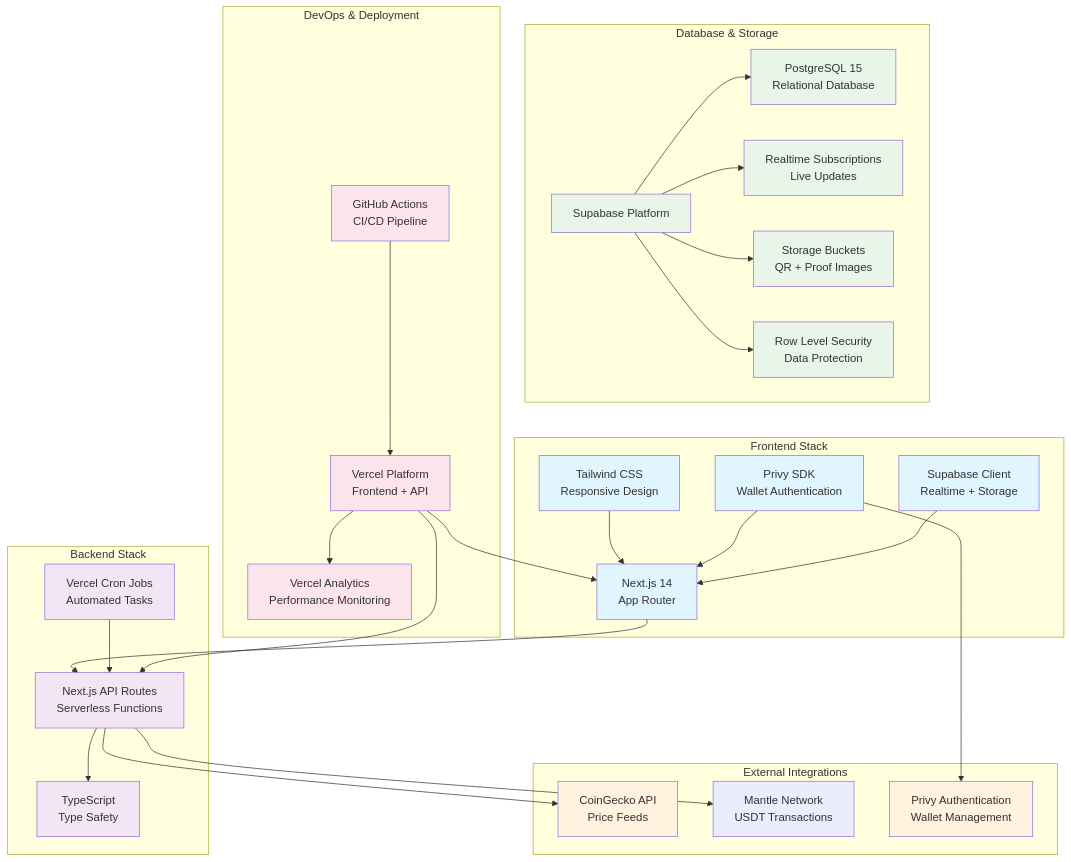
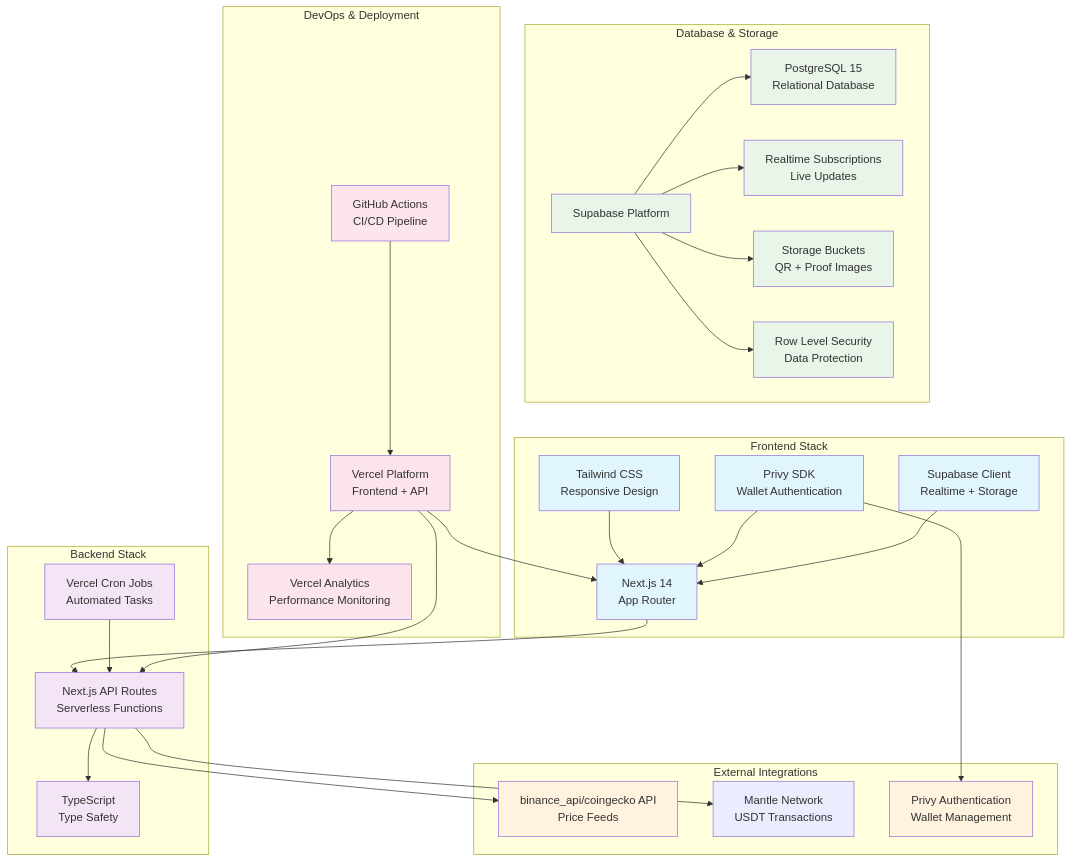
The third of 5 diagrams in 01-arquitectura-sistema.md (kibo-project/Kibo-Wiki), drawn with Mermaid before and after one commit. The commit also changed other lines of this file and 6 other files, not shown here.

````diff
--- a/01-arquitectura-sistema.md
+++ b/01-arquitectura-sistema.md
@@ -164,71 +164,71 @@
 ```mermaid
 graph TB
     subgraph "Frontend Stack"
         NEXTJS[Next.js 14<br/>App Router]
         TAILWIND[Tailwind CSS<br/>Responsive Design]
         PRIVY[Privy SDK<br/>Wallet Authentication]
         SUPABASE_CLIENT[Supabase Client<br/>Realtime + Storage]
     end
     
     subgraph "Backend Stack"
         NEXTJS_API[Next.js API Routes<br/>Serverless Functions]
         TYPESCRIPT[TypeScript<br/>Type Safety]
         VERCEL_CRON[Vercel Cron Jobs<br/>Automated Tasks]
     end
     
     subgraph "Database & Storage"
         SUPABASE[Supabase Platform]
         POSTGRESQL[PostgreSQL 15<br/>Relational Database]
         REALTIME_SUB[Realtime Subscriptions<br/>Live Updates]
         STORAGE_SUB[Storage Buckets<br/>QR + Proof Images]
         ROW_SECURITY[Row Level Security<br/>Data Protection]
     end
     
     subgraph "External Integrations"
-        COINGECKO[CoinGecko API<br/>Price Feeds]
+        binance_api/coingecko[binance_api/coingecko API<br/>Price Feeds]
         Mantle[Mantle Network<br/>USDT Transactions]
         PRIVY_AUTH[Privy Authentication<br/>Wallet Management]
     end
     
     subgraph "DevOps & Deployment"
         VERCEL[Vercel Platform<br/>Frontend + API]
         GITHUB[GitHub Actions<br/>CI/CD Pipeline]
         MONITORING[Vercel Analytics<br/>Performance Monitoring]
     end
 
     %% Relationships
     NEXTJS --> NEXTJS_API
     TAILWIND --> NEXTJS
     PRIVY --> NEXTJS
     SUPABASE_CLIENT --> NEXTJS
     
     NEXTJS_API --> TYPESCRIPT
     VERCEL_CRON --> NEXTJS_API
     
     SUPABASE --> POSTGRESQL
     SUPABASE --> REALTIME_SUB
     SUPABASE --> STORAGE_SUB
     SUPABASE --> ROW_SECURITY
     
-    NEXTJS_API --> COINGECKO
+    NEXTJS_API --> binance_api/coingecko
     NEXTJS_API --> Mantle
     PRIVY --> PRIVY_AUTH
     
     VERCEL --> NEXTJS
     VERCEL --> NEXTJS_API
     GITHUB --> VERCEL
     VERCEL --> MONITORING
     
     %% Styles
     classDef frontend fill:#e1f5fe
     classDef backend fill:#f3e5f5  
     classDef database fill:#e8f5e8
     classDef external fill:#fff3e0
     classDef devops fill:#fce4ec
     
     class NEXTJS,TAILWIND,PRIVY,SUPABASE_CLIENT frontend
     class NEXTJS_API,TYPESCRIPT,VERCEL_CRON backend
     class SUPABASE,POSTGRESQL,REALTIME_SUB,STORAGE_SUB,ROW_SECURITY database
-    class COINGECKO,MANTLE,PRIVY_AUTH external
+    class binance_api/coingecko,MANTLE,PRIVY_AUTH external
     class VERCEL,GITHUB,MONITORING devops
 ```
````
